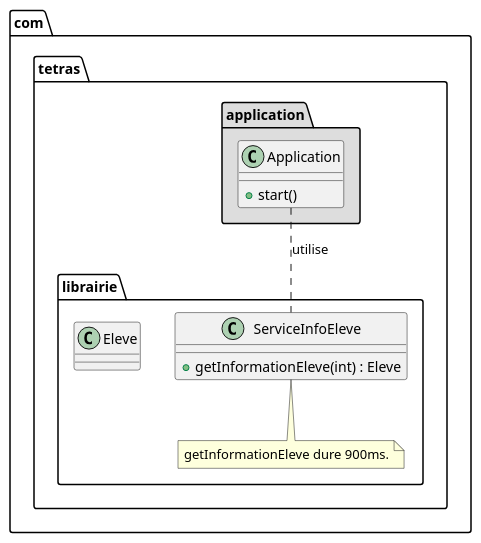
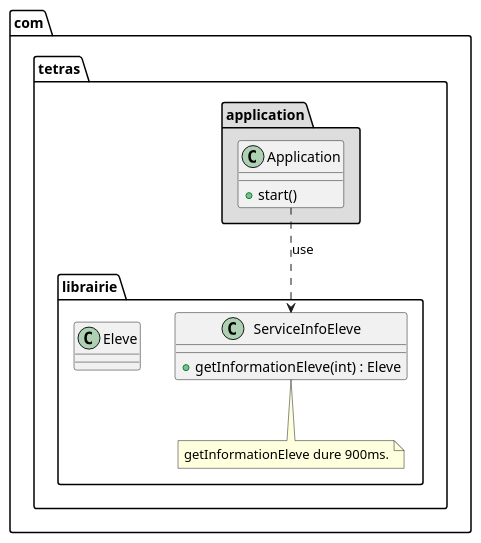
One commit to jandry/design-pattern changed the diagram in src/uml/lazyinitializationClass.puml. Above: the diagram before and after it, drawn with PlantUML.

```diff
--- a/src/uml/lazyinitializationClass.puml
+++ b/src/uml/lazyinitializationClass.puml
@@ -1,20 +1,20 @@
 @startuml LazyInitialization
 
 package com.tetras.librairie {
   class ServiceInfoEleve { 
       + getInformationEleve(int) : Eleve
   }
   note bottom of ServiceInfoEleve : getInformationEleve dure 900ms.
   class Eleve
 }
 
 package com.tetras.application #DDDDDD {
   class Application { 
       + start()
   }
-  Application .. ServiceInfoEleve : utilise
+  Application ..> ServiceInfoEleve : use
 }
 
 
 
 @enduml
```
